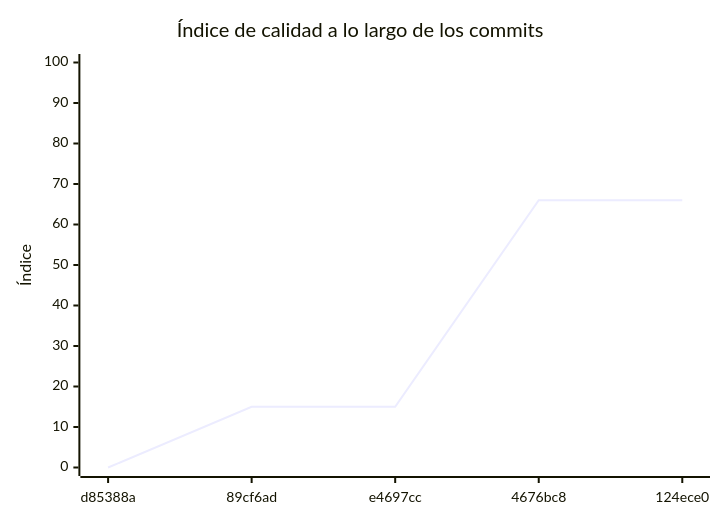
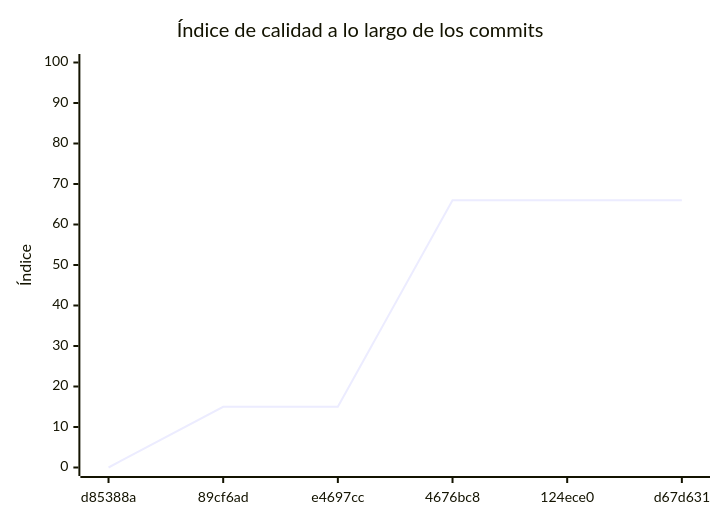
The diagram in docs/EVALUACION.md (Prog2-fzapata/ServicioCatalogo), drawn with Mermaid before and after one commit. The commit also changed other lines of this file and 1 other file, not shown here.

````diff
--- a/docs/EVALUACION.md
+++ b/docs/EVALUACION.md
@@ -224,7 +224,7 @@
 ```mermaid
 xychart-beta
     title "Índice de calidad a lo largo de los commits"
-    x-axis ["d85388a", "89cf6ad", "e4697cc", "4676bc8", "124ece0"]
+    x-axis ["d85388a", "89cf6ad", "e4697cc", "4676bc8", "124ece0", "d67d631"]
     y-axis "Índice" 0 --> 100
-    line [0, 15, 15, 66, 66]
+    line [0, 15, 15, 66, 66, 66]
 ```
````
